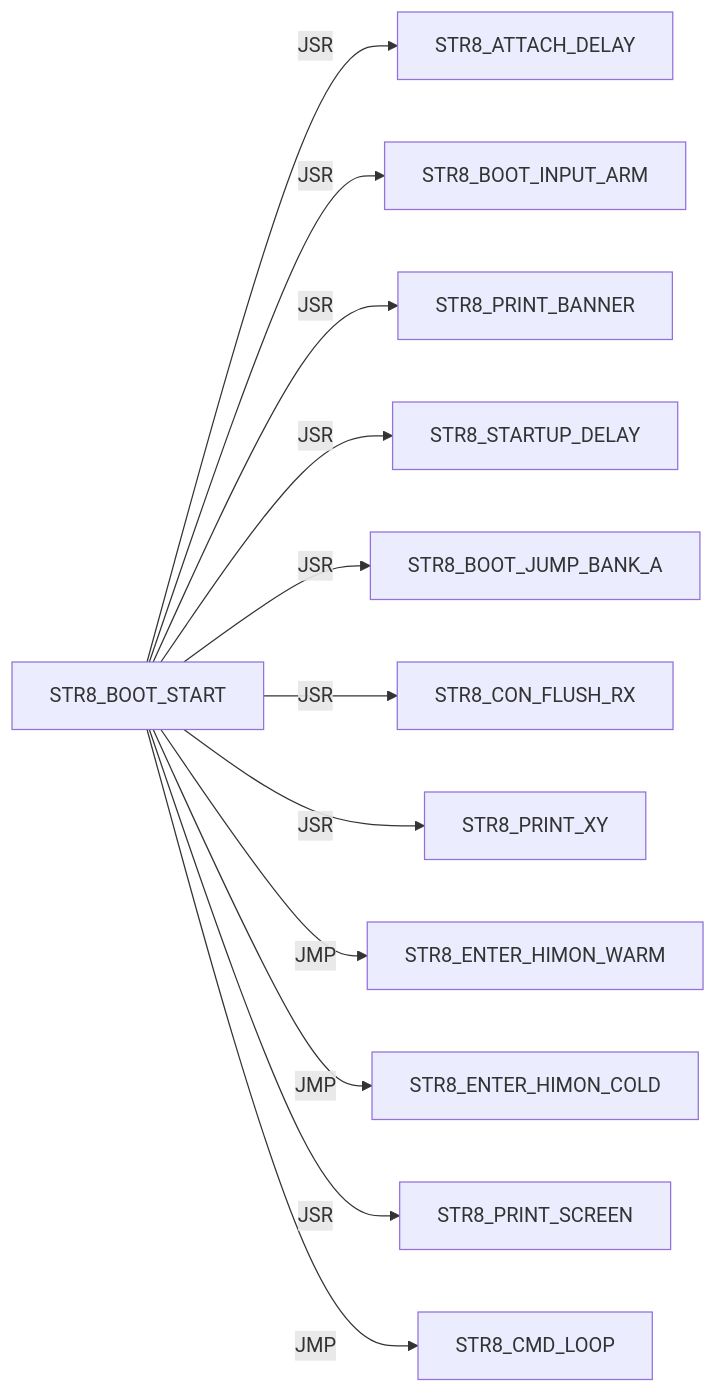
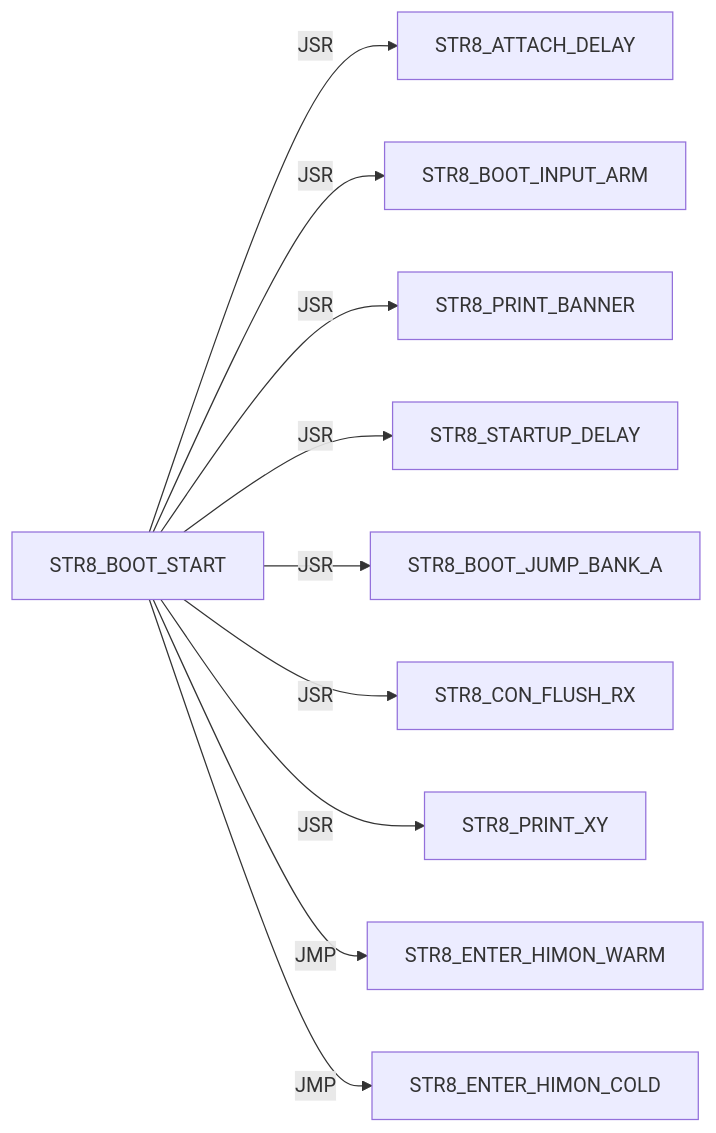
One commit to 95westus/R-YORS changed the ninth of 41 diagrams in DOC/GUIDES/STR8/STR8_EDGE_DUMP.md. Above: the diagram before and after it, drawn with Mermaid. The commit also changed other lines of this file and 40 other files, not shown here.

````diff
--- a/DOC/GUIDES/STR8/STR8_EDGE_DUMP.md
+++ b/DOC/GUIDES/STR8/STR8_EDGE_DUMP.md
@@ -120,14 +133,12 @@
 ```mermaid
 flowchart LR
     N0["STR8_BOOT_START"] -->|JSR| N1["STR8_ATTACH_DELAY"]
     N0["STR8_BOOT_START"] -->|JSR| N2["STR8_BOOT_INPUT_ARM"]
     N0["STR8_BOOT_START"] -->|JSR| N3["STR8_PRINT_BANNER"]
     N0["STR8_BOOT_START"] -->|JSR| N4["STR8_STARTUP_DELAY"]
     N0["STR8_BOOT_START"] -->|JSR| N5["STR8_BOOT_JUMP_BANK_A"]
     N0["STR8_BOOT_START"] -->|JSR| N6["STR8_CON_FLUSH_RX"]
     N0["STR8_BOOT_START"] -->|JSR| N7["STR8_PRINT_XY"]
     N0["STR8_BOOT_START"] -->|JMP| N8["STR8_ENTER_HIMON_WARM"]
     N0["STR8_BOOT_START"] -->|JMP| N9["STR8_ENTER_HIMON_COLD"]
-    N0["STR8_BOOT_START"] -->|JSR| N10["STR8_PRINT_SCREEN"]
-    N0["STR8_BOOT_START"] -->|JMP| N11["STR8_CMD_LOOP"]
 ```
````
